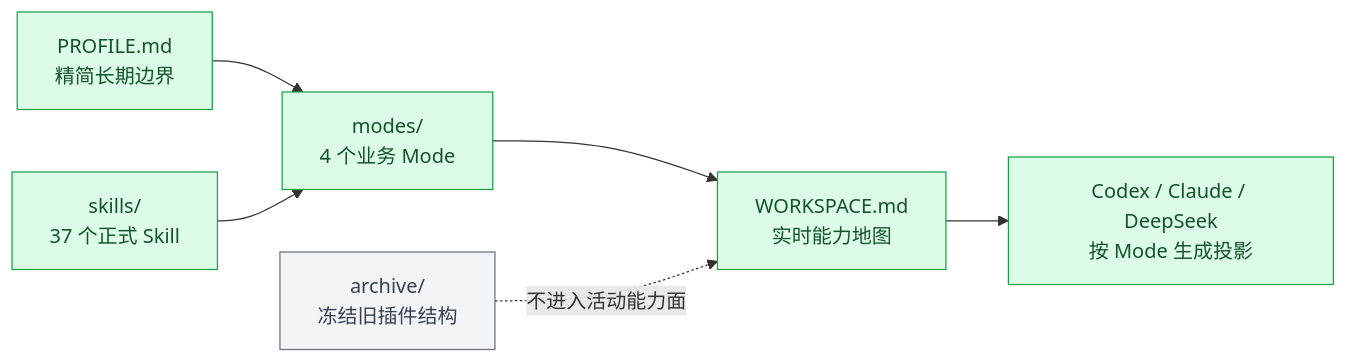
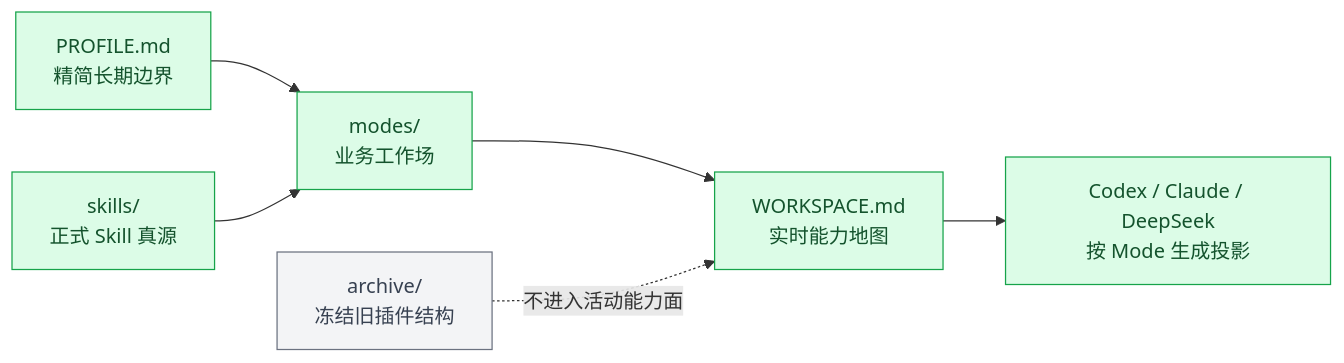
One commit to qihangzhang-272/agent-skill-library changed the second of 2 diagrams in README.md. Above: the diagram before and after it, drawn with Mermaid. The commit also changed other lines of this file, not shown here.

````diff
--- a/README.md
+++ b/README.md
@@ -146,18 +151,18 @@
 ```mermaid
 flowchart LR
     PROFILE["PROFILE.md<br/>精简长期边界"]
-    SKILLS["skills/<br/>37 个正式 Skill"]
-    MODES["modes/<br/>4 个业务 Mode"]
+    SKILLS["skills/<br/>正式 Skill 真源"]
+    MODES["modes/<br/>业务工作场"]
     VIEW["WORKSPACE.md<br/>实时能力地图"]
     HOSTS["Codex / Claude / DeepSeek<br/>按 Mode 生成投影"]
     ARCHIVE["archive/<br/>冻结旧插件结构"]
 
     PROFILE --> MODES
     SKILLS --> MODES --> VIEW --> HOSTS
     ARCHIVE -.不进入活动能力面.-> VIEW
 
     classDef done fill:#dcfce7,stroke:#16a34a,color:#14532d;
     classDef frozen fill:#f3f4f6,stroke:#6b7280,color:#374151;
     class PROFILE,SKILLS,MODES,VIEW,HOSTS done;
     class ARCHIVE frozen;
 ```
````
